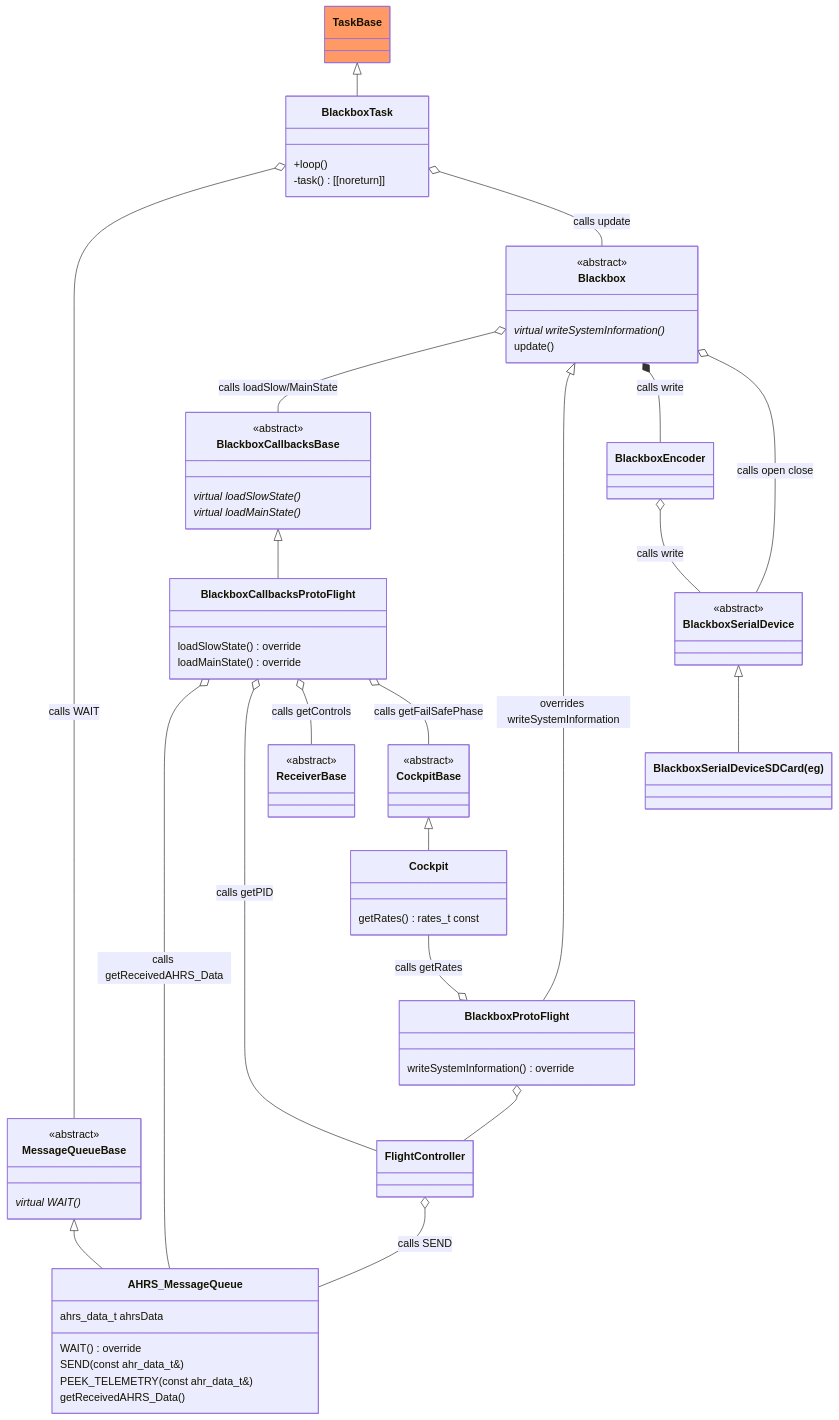
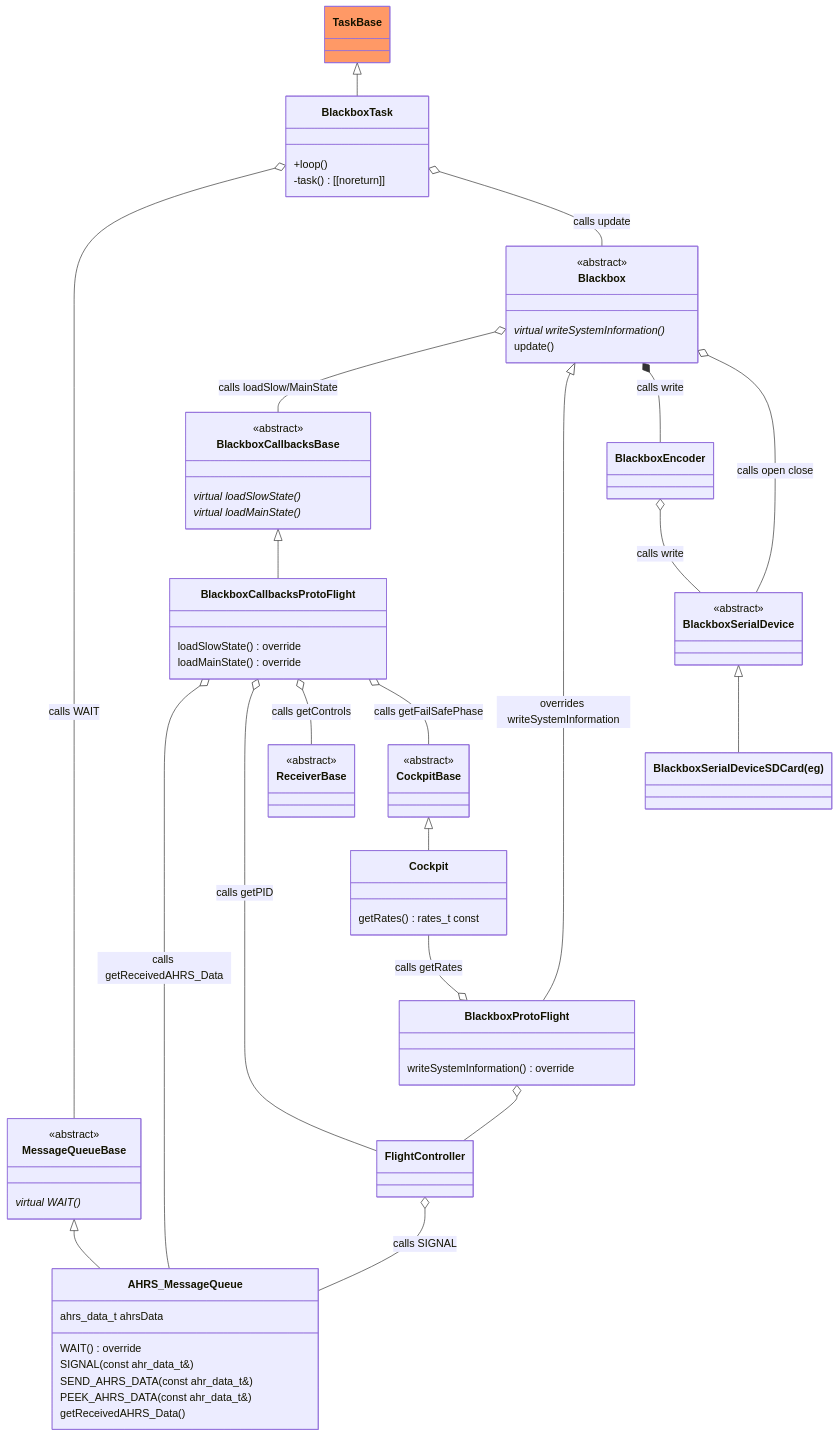
One commit to martinbudden/Protoflight changed the third of 6 diagrams in README.md. Above: the diagram before and after it, drawn with Mermaid. The commit also changed other lines of this file and 3 other files, not shown here.

```diff
--- a/README.md
+++ b/README.md
@@ -680,11 +783,12 @@
     class AHRS_MessageQueue {
         ahrs_data_t ahrsData
         WAIT() override
-        SEND(const ahr_data_t&)
-        PEEK_TELEMETRY(const ahr_data_t&)
+        SIGNAL(const ahr_data_t&)
+        SEND_AHRS_DATA(const ahr_data_t&)
+        PEEK_AHRS_DATA(const ahr_data_t&)
         getReceivedAHRS_Data()
     }
-    link AHRS_MessageQueue "https://github.com/martinbudden/protoflight/blob/main/lib/Blackbox/src/AHRS_MessageQueue.h"
+    link AHRS_MessageQueue "https://github.com/martinbudden/Library-StabilizedVehicle/blob/main/src/AHRS_MessageQueue.h"
     class CockpitBase {
         <<abstract>>
     }
@@ -729,15 +833,13 @@
     class FlightController {
     }
     link FlightController "https://github.com/martinbudden/protoflight/blob/main/lib/FlightController/src/FlightController.h"
-    FlightController o-- AHRS_MessageQueue : calls SEND
+    FlightController o-- AHRS_MessageQueue : calls SIGNAL
     BlackboxCallbacksProtoFlight o-- AHRS_MessageQueue : calls getReceivedAHRS_Data
     MessageQueueBase <|-- AHRS_MessageQueue
     BlackboxCallbacksProtoFlight o-- FlightController : calls getPID
     BlackboxCallbacksProtoFlight o-- ReceiverBase : calls getControls
     BlackboxCallbacksProtoFlight o-- CockpitBase : calls getFailSafePhase
     %%FlightController --o BlackboxCallbacksProtoFlight
-    %%FlightController o-- Blackbox : calls start finish
-    %%Blackbox --o FlightController : calls start finish
     BlackboxCallbacksBase <|-- BlackboxCallbacksProtoFlight
     %%BlackboxCallbacksProtoFlight --|> BlackboxCallbacksBase
 
```
